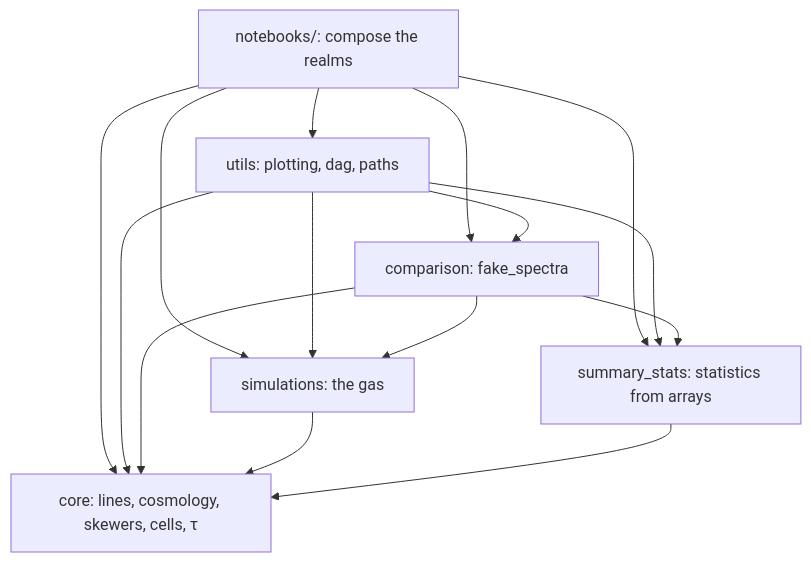
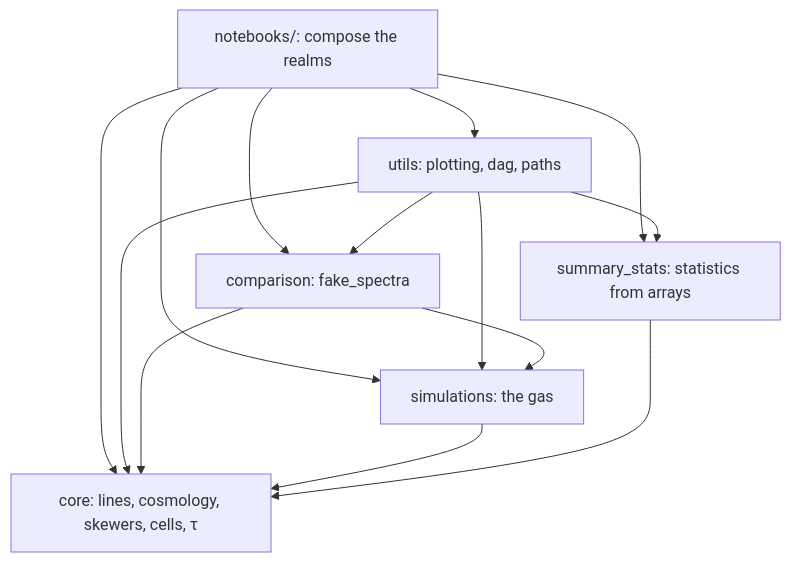
Before and after one commit to daniellopezcano/SkewerJAX: the first of 3 diagrams in README.md, drawn with Mermaid. The commit also changed other lines of this file and 35 other files, not shown here.

````diff
--- a/README.md
+++ b/README.md
@@ -48,23 +49,22 @@
 ```mermaid
 flowchart TB
     notebooks["notebooks/: compose the realms"]
     utils["utils: plotting, dag, paths"]
     comparison["comparison: fake_spectra"]
     simulations["simulations: the gas"]
     summary_stats["summary_stats: statistics from arrays"]
     core["core: lines, cosmology, skewers, cells, τ"]
     notebooks --> utils
     notebooks --> comparison
     notebooks --> simulations
     notebooks --> summary_stats
     notebooks --> core
     utils --> comparison
     utils --> simulations
     utils --> summary_stats
     utils --> core
     comparison --> simulations
-    comparison --> summary_stats
     comparison --> core
     simulations --> core
     summary_stats --> core
 ```
````
